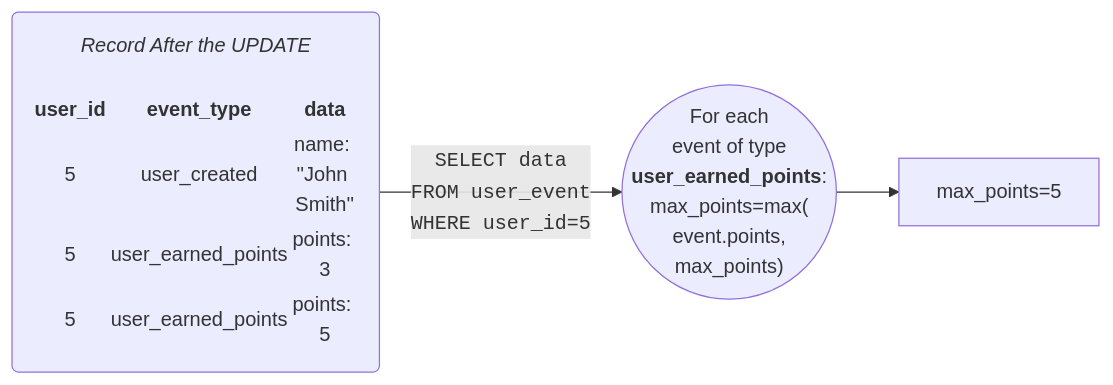
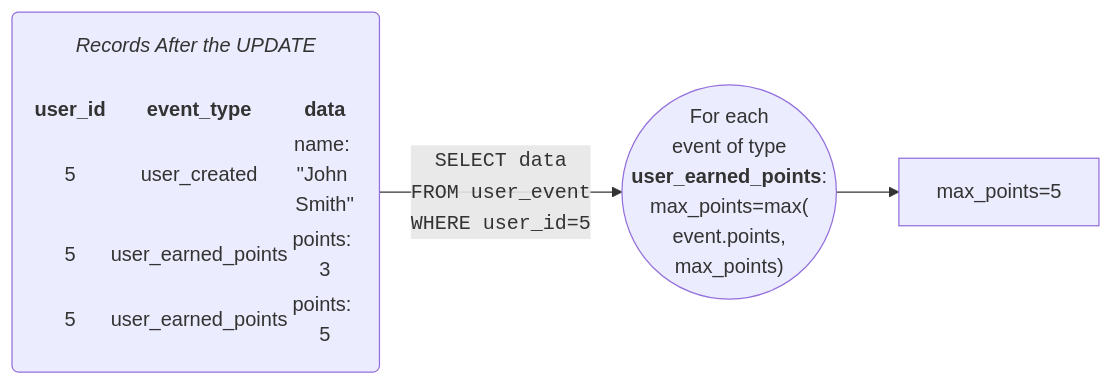
Before and after one commit to outsidenote/eventualize: the sixth of 6 diagrams in docs/README.md, drawn with Mermaid. The commit also changed other lines of this file, not shown here.

Commit message:
[Solution] add spacing in mermaid tables in README.md

````diff
--- a/docs/README.md
+++ b/docs/README.md
@@ -80,14 +85,14 @@
 ```mermaid
 flowchart LR;
-b("<i>Record After the UPDATE<i/><table><tr><th>user_id</th><th>event_type</th><th>data</th></tr><tr><td>5</td><td>user_created</td><td>name: ''John Smith''</td></tr>
+b("<i>Records After the UPDATE<i/><table><tr><th>user_id</th><th>event_type</th><th>data</th></tr><tr><td>5</td><td>user_created</td><td>name: ''John Smith''</td></tr>
 <tr><td>5</td><td>user_earned_points</td><td>points: 3</td></tr>
 <tr><td>5</td><td>user_earned_points</td><td>points: 5</td></tr></table>");
 l(("For each<br>event of type
 <b>user_earned_points</b>:
 max_points=max(
     event.points,
     max_points)"))
 b -->|"<code>SELECT data
 FROM user_event
 WHERE user_id=5<code>"| l --> x[max_points=5];
 ```
````
